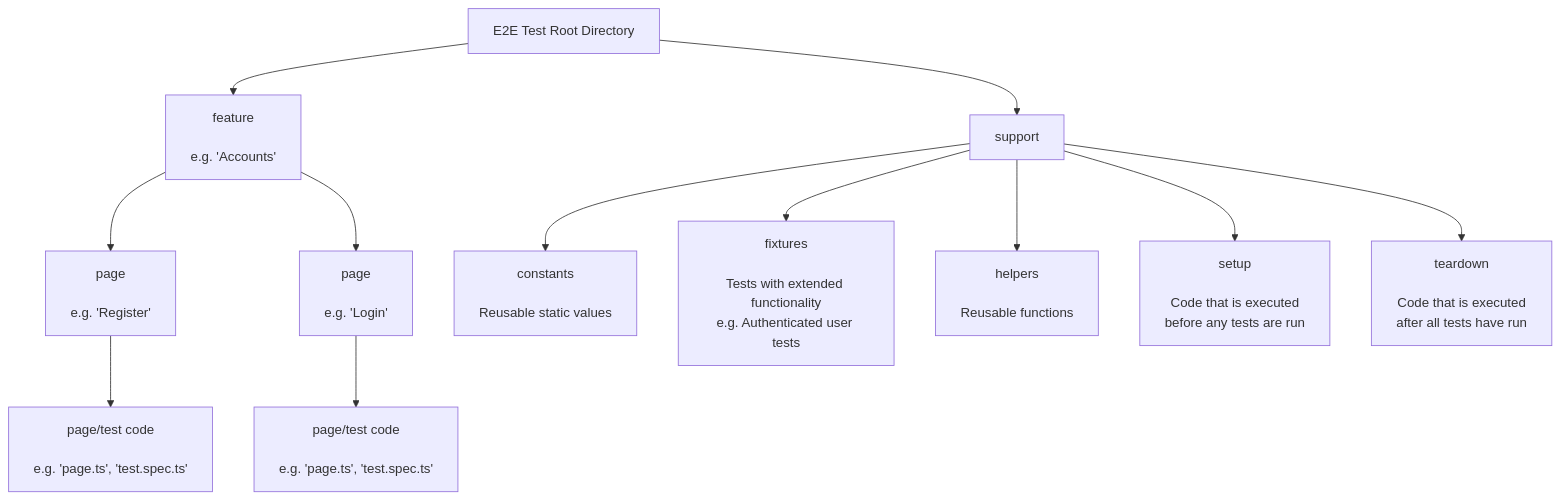
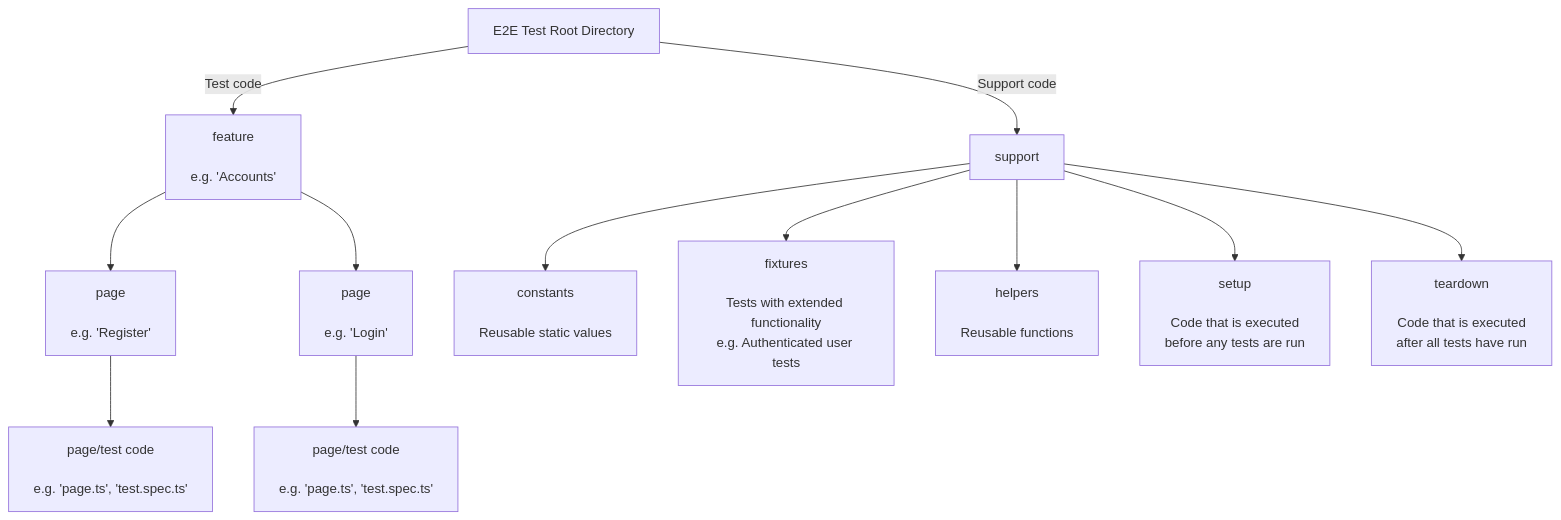
The diagram in test/js/e2e/README.md (arcanemachine/phoenix-todo-list), drawn with Mermaid before and after one commit.

Commit message:
(e2e) Add flowchart comments and move the chart to the top of the section

````diff
--- a/test/js/e2e/README.md
+++ b/test/js/e2e/README.md
@@ -43,25 +39,25 @@
 ```mermaid
 flowchart TD
     Root[E2E Test Root Directory]
         feature[feature\n\ne.g. 'Accounts']
             pageA[page\n\ne.g. 'Register']
                 codeA[page/test code\n\ne.g. 'page.ts', 'test.spec.ts']
             pageB[page\n\ne.g. 'Login']
                 codeB[page/test code\n\ne.g. 'page.ts', 'test.spec.ts']
         support[support]
             constants[constants\n\nReusable static values]
             fixtures[fixtures\n\nTests with extended functionality\ne.g. Authenticated user tests]
             helpers[helpers\n\nReusable functions]
             setup[setup\n\nCode that is executed\nbefore any tests are run]
             teardown[teardown\n\nCode that is executed\nafter all tests have run]
 
-    Root --> feature
+    Root --> |Test code| feature
         feature --> pageA --> codeA
         feature --> pageB --> codeB
-    Root --> support
+    Root --> |Support code| support
         support --> constants
         support --> fixtures
         support --> helpers
         support --> setup
         support --> teardown
 ```
````
